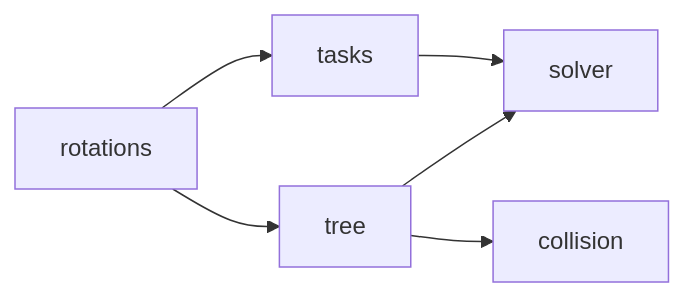
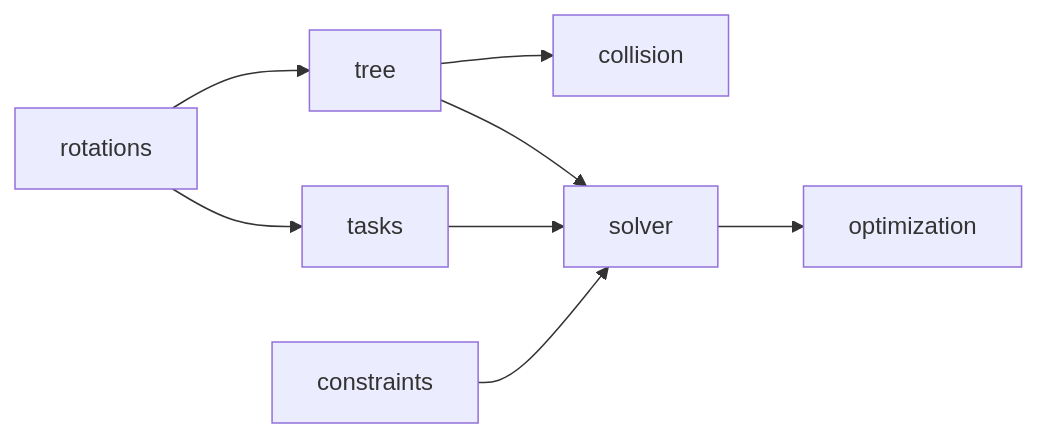
One commit to Geonhee-LEE/aiworker-mj-lab changed the diagram in docs/api/kinematics.md. Above: the diagram before and after it, drawn with Mermaid. The commit also changed other lines of this file and 45 other files, not shown here.

````diff
--- a/docs/api/kinematics.md
+++ b/docs/api/kinematics.md
@@ -15,8 +17,10 @@
 ```mermaid
 flowchart LR
     R["rotations"] --> P["tasks"]
     R --> T["tree"]
     P --> S["solver"]
-    T --> S["solver"]
+    T --> S
+    C0["constraints"] --> S
+    S --> O["optimization"]
     T --> C["collision"]
 ```
````
